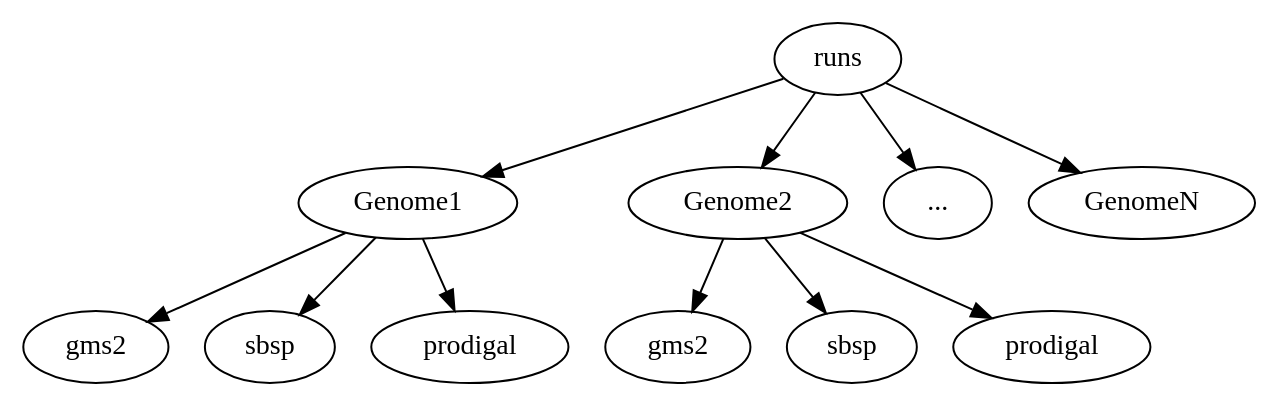
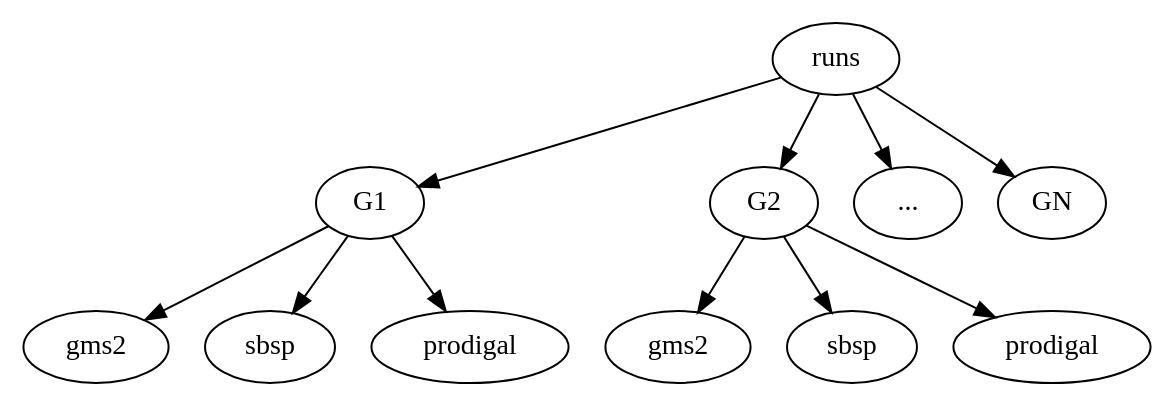
The second of 2 diagrams in sbsp/info/reproduce.org (gatech-genemark/StartLink-exp), drawn with Graphviz before and after one commit. The commit also changed other lines of this file and 5 other files, not shown here.

```diff
--- a/sbsp/info/reproduce.org
+++ b/sbsp/info/reproduce.org
@@ -56,25 +57,25 @@
 #+begin_src dot :file dir_runs.pdf :cmdline -Tpdf
   digraph {
     gms21 [label="gms2"]
     sbsp1 [label="sbsp"]
     prodigal1 [label="prodigal"]
 
     gms22 [label="gms2"]
     sbsp2 [label="sbsp"]
     prodigal2 [label="prodigal"]
 
   
-  runs -> Genome1;
-    runs -> Genome2;
+  runs -> G1;
+    runs -> G2;
     runs -> "...";
-    runs -> GenomeN;
+    runs -> GN;
 
-    Genome1 -> gms21;
-    Genome1 -> sbsp1;
-    Genome1 -> prodigal1;
-    Genome2 -> gms22;
-    Genome2 -> sbsp2;
-    Genome2 -> prodigal2;
+    G1 -> gms21;
+    G1 -> sbsp1;
+    G1 -> prodigal1;
+    G2 -> gms22;
+    G2 -> sbsp2;
+    G2 -> prodigal2;
 
   }
 #+end_src
```
